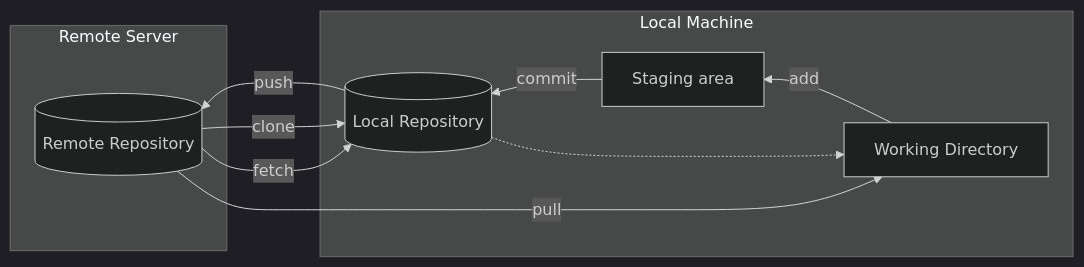
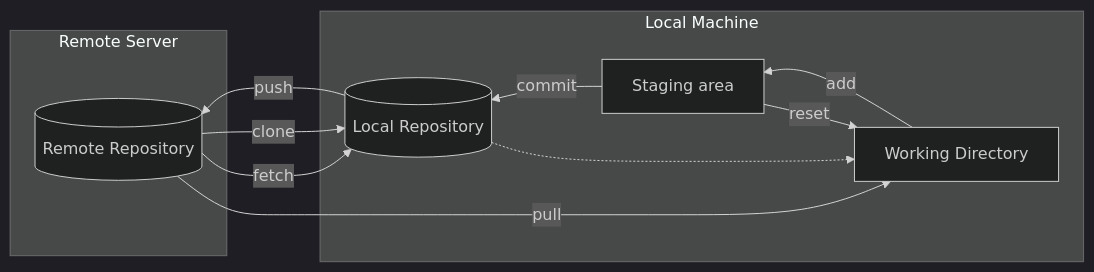
One commit to DiagnosticsMonkey/Docs-VersionControl changed the first of 2 diagrams in docs/README.md. Above: the diagram before and after it, drawn with Mermaid. The commit also changed other lines of this file, not shown here.

Commit message:
Added reset

````diff
--- a/docs/README.md
+++ b/docs/README.md
@@ -7,16 +7,17 @@
 ```mermaid
 %%{init: {'logLevel': 'debug', 'theme': 'dark'}}%%
 graph RL
     subgraph Local Machine
         WD[Working Directory] -- add --> SA[Staging area]
+        SA -- reset --> WD
         SA -- commit --> LR[(Local Repository)]
         LR -.-> WD
     end
     subgraph Remote Server
         RR[(Remote Repository)] -- pull --> WD
         RR -- clone --> LR
         LR -- push --> RR
         RR -- fetch --> LR
     end
 
 ```
````
